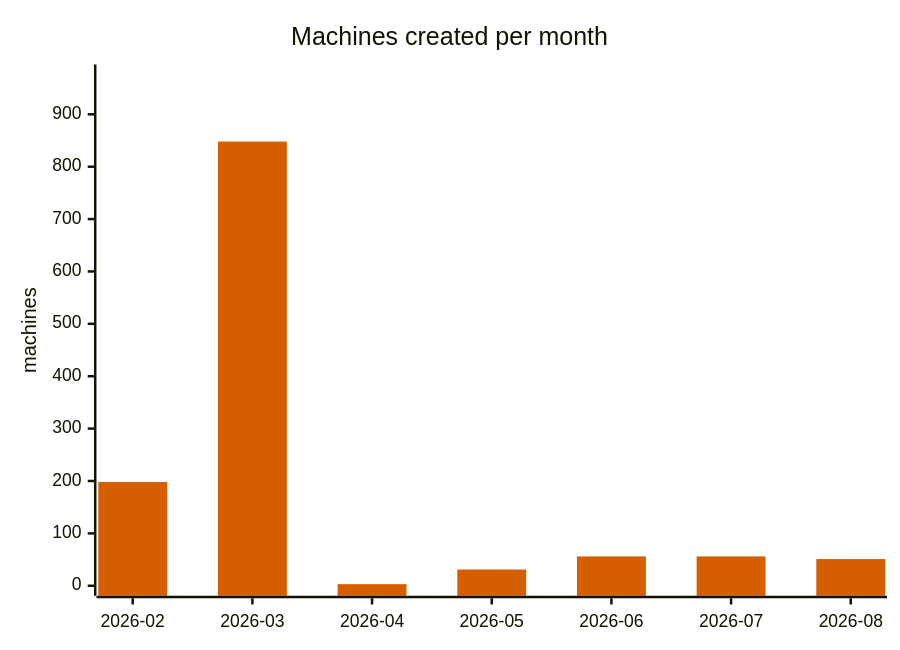
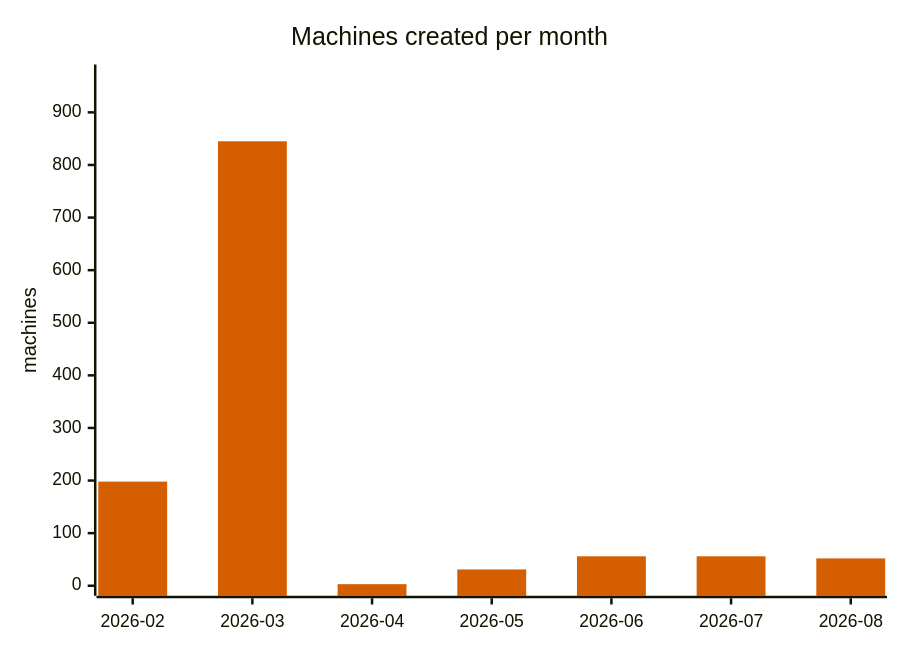
One commit to cheeaun/returnright-data changed the fifth of 7 diagrams in ANALYSIS.md. Above: the diagram before and after it, drawn with Mermaid. The commit also changed other lines of this file and 3 other files, not shown here.

````diff
--- a/ANALYSIS.md
+++ b/ANALYSIS.md
@@ -222,13 +218,13 @@
 ```mermaid
 ---
 config:
   themeVariables:
     xyChart:
       plotColorPalette: "#D55E00"
 ---
 xychart-beta
     title "Machines created per month"
     x-axis ["2026-02", "2026-03", "2026-04", "2026-05", "2026-06", "2026-07", "2026-08"]
-    y-axis "machines" 0 --> 976
-    bar [198, 848, 3, 31, 56, 56, 51]
+    y-axis "machines" 0 --> 972
+    bar [198, 845, 3, 31, 56, 56, 52]
 ```
````
